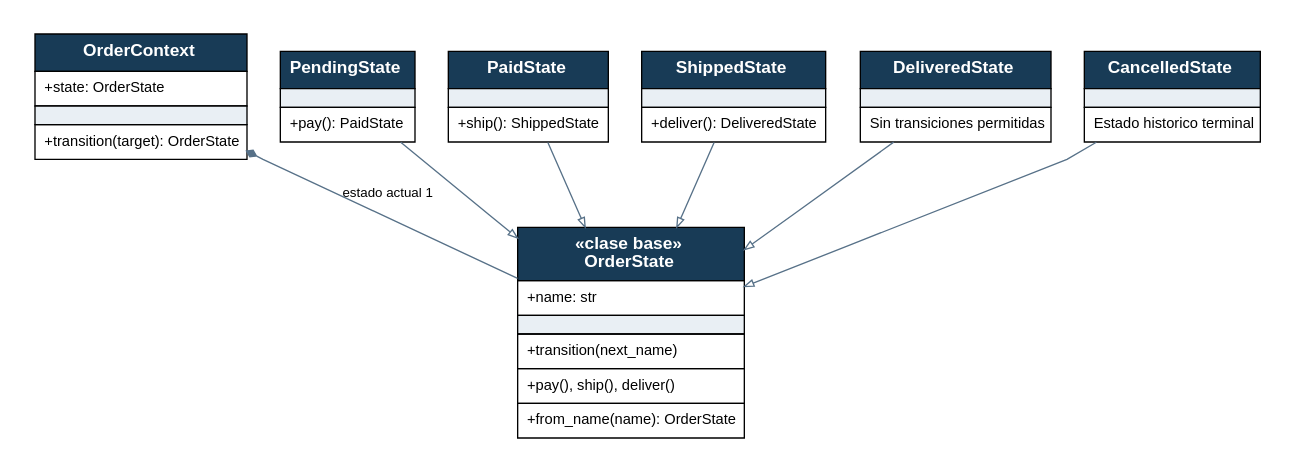
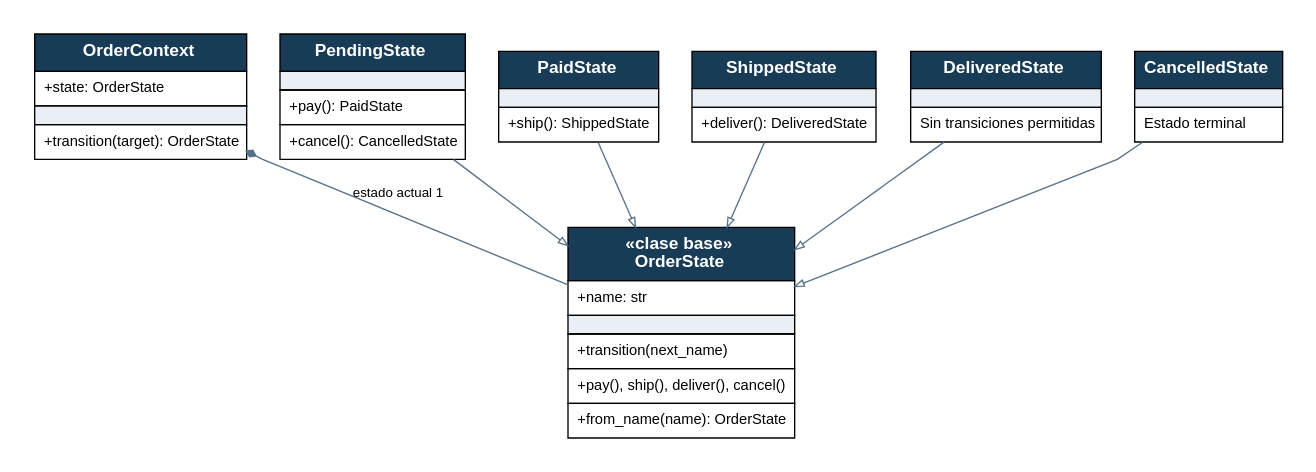
Before and after one commit to desmonteix/Tickia-PrograAvanzada: the diagram in Proyecto_PrograAvanzada/entregables/informe/diagramas/03_uml_state.dot, drawn with Graphviz. The commit also changed 31 other files, not shown here.

Commit message:
Patrones reforzados (Decorator, State, 4 Repository), informe revisado y diagramas

```diff
--- a/Proyecto_PrograAvanzada/entregables/informe/diagramas/03_uml_state.dot
+++ b/Proyecto_PrograAvanzada/entregables/informe/diagramas/03_uml_state.dot
@@ -1,16 +1,16 @@
 digraph G { graph [bgcolor="white", pad="0.25", nodesep="0.35", ranksep="0.50", splines=polyline]; node [fontname="Arial"]; edge [fontname="Arial", fontsize=10, color="#577188", arrowsize=.7];
 graph [rankdir=TB,ranksep=.55];
 OrderContext [shape=plain label=<<TABLE BORDER="0" CELLBORDER="1" CELLSPACING="0" CELLPADDING="6"><TR><TD BGCOLOR="#183B56"><FONT FACE="Arial" COLOR="white" POINT-SIZE="13"><B>OrderContext</B></FONT></TD></TR><TR><TD ALIGN="LEFT"><FONT FACE="Arial" POINT-SIZE="11">+state: OrderState</FONT></TD></TR><TR><TD HEIGHT="3" BGCOLOR="#E9EFF4"></TD></TR><TR><TD ALIGN="LEFT"><FONT FACE="Arial" POINT-SIZE="11">+transition(target): OrderState</FONT></TD></TR></TABLE>>];
-OrderState [shape=plain label=<<TABLE BORDER="0" CELLBORDER="1" CELLSPACING="0" CELLPADDING="6"><TR><TD BGCOLOR="#183B56"><FONT FACE="Arial" COLOR="white" POINT-SIZE="13"><B>«clase base»<BR/>OrderState</B></FONT></TD></TR><TR><TD ALIGN="LEFT"><FONT FACE="Arial" POINT-SIZE="11">+name: str</FONT></TD></TR><TR><TD HEIGHT="3" BGCOLOR="#E9EFF4"></TD></TR><TR><TD ALIGN="LEFT"><FONT FACE="Arial" POINT-SIZE="11">+transition(next_name)</FONT></TD></TR><TR><TD ALIGN="LEFT"><FONT FACE="Arial" POINT-SIZE="11">+pay(), ship(), deliver()</FONT></TD></TR><TR><TD ALIGN="LEFT"><FONT FACE="Arial" POINT-SIZE="11">+from_name(name): OrderState</FONT></TD></TR></TABLE>>];
-PendingState [shape=plain label=<<TABLE BORDER="0" CELLBORDER="1" CELLSPACING="0" CELLPADDING="6"><TR><TD BGCOLOR="#183B56"><FONT FACE="Arial" COLOR="white" POINT-SIZE="13"><B>PendingState</B></FONT></TD></TR><TR><TD HEIGHT="3" BGCOLOR="#E9EFF4"></TD></TR><TR><TD ALIGN="LEFT"><FONT FACE="Arial" POINT-SIZE="11">+pay(): PaidState</FONT></TD></TR></TABLE>>];
+OrderState [shape=plain label=<<TABLE BORDER="0" CELLBORDER="1" CELLSPACING="0" CELLPADDING="6"><TR><TD BGCOLOR="#183B56"><FONT FACE="Arial" COLOR="white" POINT-SIZE="13"><B>«clase base»<BR/>OrderState</B></FONT></TD></TR><TR><TD ALIGN="LEFT"><FONT FACE="Arial" POINT-SIZE="11">+name: str</FONT></TD></TR><TR><TD HEIGHT="3" BGCOLOR="#E9EFF4"></TD></TR><TR><TD ALIGN="LEFT"><FONT FACE="Arial" POINT-SIZE="11">+transition(next_name)</FONT></TD></TR><TR><TD ALIGN="LEFT"><FONT FACE="Arial" POINT-SIZE="11">+pay(), ship(), deliver(), cancel()</FONT></TD></TR><TR><TD ALIGN="LEFT"><FONT FACE="Arial" POINT-SIZE="11">+from_name(name): OrderState</FONT></TD></TR></TABLE>>];
+PendingState [shape=plain label=<<TABLE BORDER="0" CELLBORDER="1" CELLSPACING="0" CELLPADDING="6"><TR><TD BGCOLOR="#183B56"><FONT FACE="Arial" COLOR="white" POINT-SIZE="13"><B>PendingState</B></FONT></TD></TR><TR><TD HEIGHT="3" BGCOLOR="#E9EFF4"></TD></TR><TR><TD ALIGN="LEFT"><FONT FACE="Arial" POINT-SIZE="11">+pay(): PaidState</FONT></TD></TR><TR><TD ALIGN="LEFT"><FONT FACE="Arial" POINT-SIZE="11">+cancel(): CancelledState</FONT></TD></TR></TABLE>>];
 PaidState [shape=plain label=<<TABLE BORDER="0" CELLBORDER="1" CELLSPACING="0" CELLPADDING="6"><TR><TD BGCOLOR="#183B56"><FONT FACE="Arial" COLOR="white" POINT-SIZE="13"><B>PaidState</B></FONT></TD></TR><TR><TD HEIGHT="3" BGCOLOR="#E9EFF4"></TD></TR><TR><TD ALIGN="LEFT"><FONT FACE="Arial" POINT-SIZE="11">+ship(): ShippedState</FONT></TD></TR></TABLE>>];
 ShippedState [shape=plain label=<<TABLE BORDER="0" CELLBORDER="1" CELLSPACING="0" CELLPADDING="6"><TR><TD BGCOLOR="#183B56"><FONT FACE="Arial" COLOR="white" POINT-SIZE="13"><B>ShippedState</B></FONT></TD></TR><TR><TD HEIGHT="3" BGCOLOR="#E9EFF4"></TD></TR><TR><TD ALIGN="LEFT"><FONT FACE="Arial" POINT-SIZE="11">+deliver(): DeliveredState</FONT></TD></TR></TABLE>>];
 DeliveredState [shape=plain label=<<TABLE BORDER="0" CELLBORDER="1" CELLSPACING="0" CELLPADDING="6"><TR><TD BGCOLOR="#183B56"><FONT FACE="Arial" COLOR="white" POINT-SIZE="13"><B>DeliveredState</B></FONT></TD></TR><TR><TD HEIGHT="3" BGCOLOR="#E9EFF4"></TD></TR><TR><TD ALIGN="LEFT"><FONT FACE="Arial" POINT-SIZE="11">Sin transiciones permitidas</FONT></TD></TR></TABLE>>];
-CancelledState [shape=plain label=<<TABLE BORDER="0" CELLBORDER="1" CELLSPACING="0" CELLPADDING="6"><TR><TD BGCOLOR="#183B56"><FONT FACE="Arial" COLOR="white" POINT-SIZE="13"><B>CancelledState</B></FONT></TD></TR><TR><TD HEIGHT="3" BGCOLOR="#E9EFF4"></TD></TR><TR><TD ALIGN="LEFT"><FONT FACE="Arial" POINT-SIZE="11">Estado historico terminal</FONT></TD></TR></TABLE>>];
+CancelledState [shape=plain label=<<TABLE BORDER="0" CELLBORDER="1" CELLSPACING="0" CELLPADDING="6"><TR><TD BGCOLOR="#183B56"><FONT FACE="Arial" COLOR="white" POINT-SIZE="13"><B>CancelledState</B></FONT></TD></TR><TR><TD HEIGHT="3" BGCOLOR="#E9EFF4"></TD></TR><TR><TD ALIGN="LEFT"><FONT FACE="Arial" POINT-SIZE="11">Estado terminal</FONT></TD></TR></TABLE>>];
 OrderContext -> OrderState [dir=both,arrowtail=diamond,arrowhead=none,label="estado actual 1"];
 PendingState -> OrderState [arrowhead=empty];
 PaidState -> OrderState [arrowhead=empty];
 ShippedState -> OrderState [arrowhead=empty];
 DeliveredState -> OrderState [arrowhead=empty];
 CancelledState -> OrderState [arrowhead=empty];
 }
```
